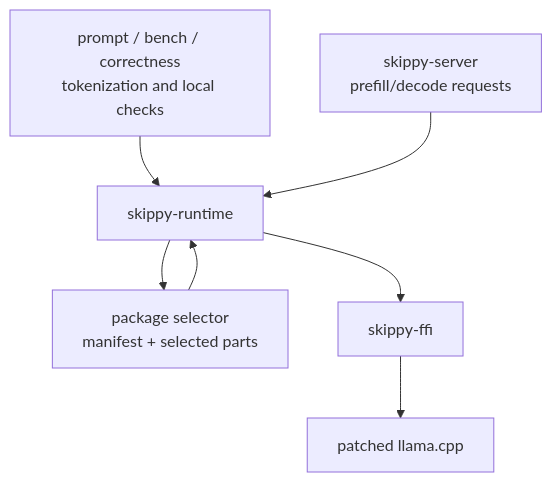
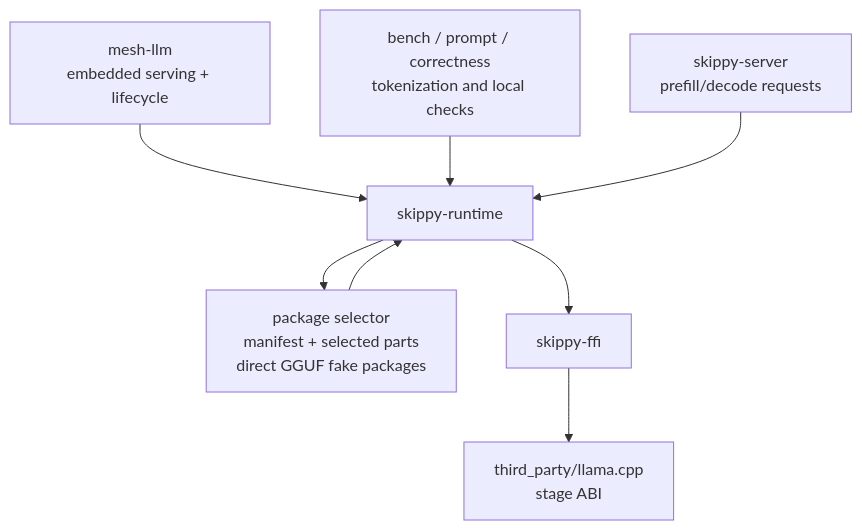
One commit to michaelneale/mesh-llm changed the diagram in crates/skippy-runtime/README.md. Above: the diagram before and after it, drawn with Mermaid. The commit also changed other lines of this file and 16 other files, not shown here.

Commit message:
Refactor documentation across crates for mesh-driven architecture, OpenAI API integration, and staged runtime updates.

````diff
--- a/crates/skippy-runtime/README.md
+++ b/crates/skippy-runtime/README.md
@@ -14,9 +14,10 @@
 ```mermaid
 flowchart TB
-    P["prompt / bench / correctness<br/>tokenization and local checks"] --> R["skippy-runtime"]
+    Mesh["mesh-llm<br/>embedded serving + lifecycle"] --> R["skippy-runtime"]
+    P["bench / prompt / correctness<br/>tokenization and local checks"] --> R
     S["skippy-server<br/>prefill/decode requests"] --> R
-    R --> PS["package selector<br/>manifest + selected parts"]
+    R --> PS["package selector<br/>manifest + selected parts<br/>direct GGUF fake packages"]
     PS --> R
     R --> F["skippy-ffi"]
-    F --> L["patched llama.cpp"]
+    F --> L["third_party/llama.cpp<br/>stage ABI"]
 ```
````
